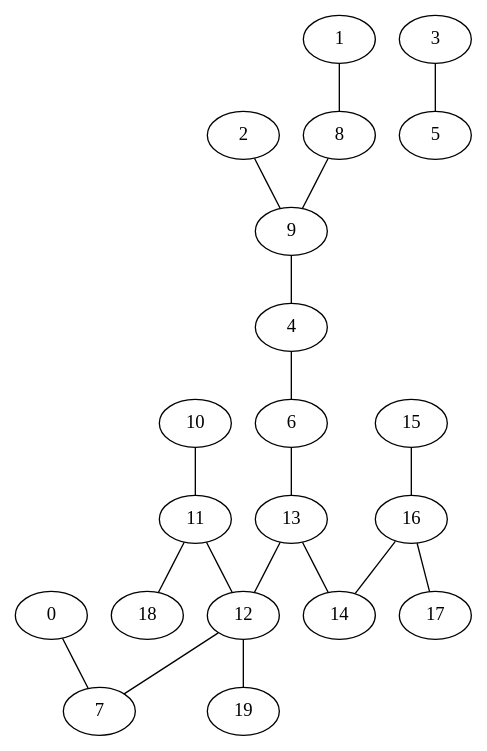
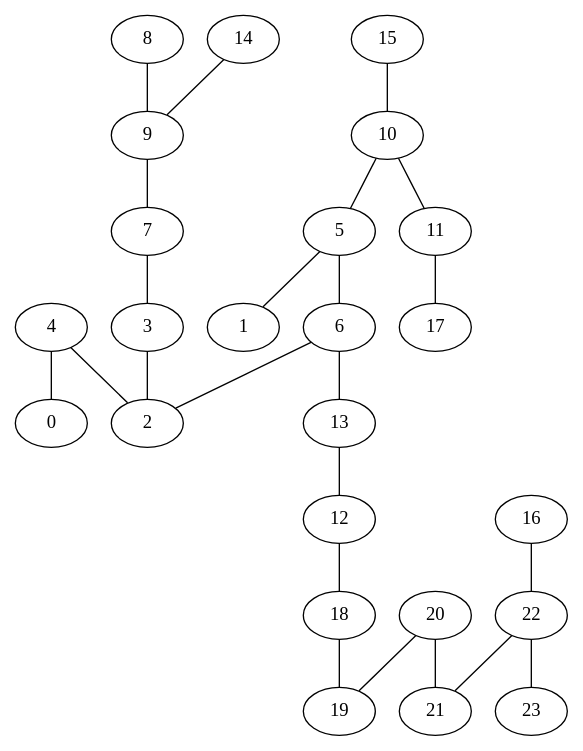
One commit to corentinckf/projetZ1 changed the diagram in partition/lab_arbre.dot. Above: the diagram before and after it, drawn with Graphviz. The commit also changed 25 other files, not shown here.

```diff
--- a/partition/lab_arbre.dot
+++ b/partition/lab_arbre.dot
@@ -1,40 +1,49 @@
 graph {
 	0
 	1
 	2
 	3
 	4
 	5
 	6
 	7
 	8
 	9
 	10
 	11
 	12
 	13
 	14
 	15
 	16
 	17
 	18
 	19
-	4 -- 6
-	0 -- 7
-	1 -- 8
-	2 -- 9
-	3 -- 5
-	9 -- 4
+	20
+	21
+	22
+	23
+	3 -- 2
+	4 -- 2
+	5 -- 1
+	4 -- 0
+	5 -- 6
+	7 -- 3
+	6 -- 2
+	9 -- 7
+	8 -- 9
+	10 -- 5
 	10 -- 11
-	11 -- 12
 	6 -- 13
 	13 -- 12
-	12 -- 7
-	13 -- 14
-	8 -- 9
-	16 -- 14
-	15 -- 16
-	16 -- 17
-	11 -- 18
-	12 -- 19
+	14 -- 9
+	15 -- 10
+	11 -- 17
+	12 -- 18
+	18 -- 19
+	20 -- 19
+	20 -- 21
+	16 -- 22
+	22 -- 21
+	22 -- 23
 }
```
